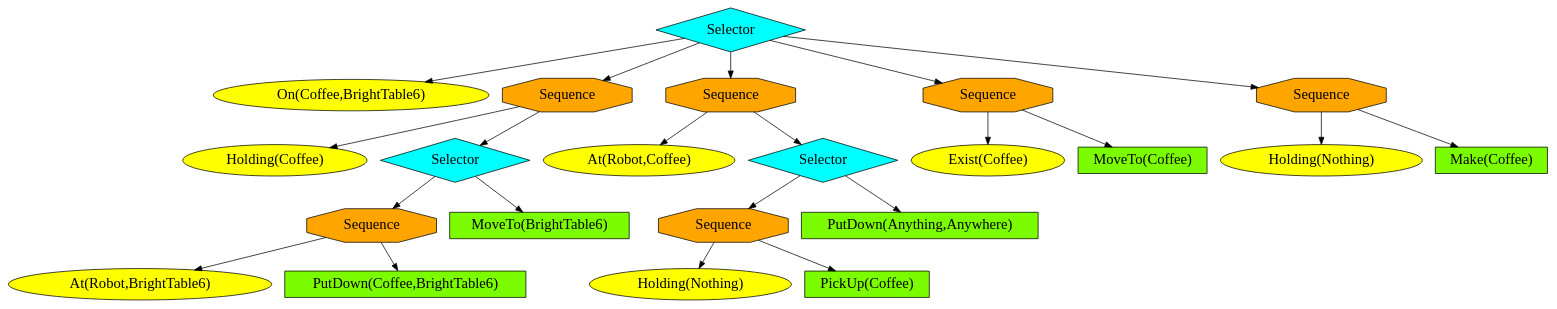
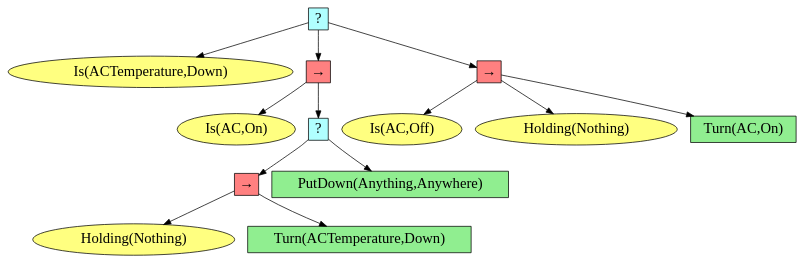
One commit to HPCL-EI/RoboWaiter changed the diagram in robowaiter/scene/outputs/expanded_bt.dot. Above: the diagram before and after it, drawn with Graphviz. The commit also changed 147 other files, not shown here.

```diff
--- a/robowaiter/scene/outputs/expanded_bt.dot
+++ b/robowaiter/scene/outputs/expanded_bt.dot
@@ -1,49 +1,31 @@
 digraph pastafarianism {
 ordering=out;
 graph [fontname="times-roman"];
 node [fontname="times-roman"];
 edge [fontname="times-roman"];
-"49894dc9-ad34-40a6-be03-63748a930786" [fillcolor=cyan, fontcolor=black, fontsize=20, height=0.01, label=Selector, shape=diamond, style=filled, width=0.01];
-"a1647f60-7fea-4a25-8625-6a4d947202ef" [fillcolor=yellow, fontcolor=black, fontsize=20, label="On(Coffee,BrightTable6)", shape=ellipse, style=filled];
-"49894dc9-ad34-40a6-be03-63748a930786" -> "a1647f60-7fea-4a25-8625-6a4d947202ef";
-"9ee57ce2-80bd-4973-b7f2-acab2ca70a15" [fillcolor=orange, fontcolor=black, fontsize=20, height=0.01, label=Sequence, shape=octagon, style=filled, width=0.01];
-"49894dc9-ad34-40a6-be03-63748a930786" -> "9ee57ce2-80bd-4973-b7f2-acab2ca70a15";
-"e9c3167f-1bf2-4a5e-a3a7-7be2d0c699a5" [fillcolor=yellow, fontcolor=black, fontsize=20, label="Holding(Coffee)", shape=ellipse, style=filled];
-"9ee57ce2-80bd-4973-b7f2-acab2ca70a15" -> "e9c3167f-1bf2-4a5e-a3a7-7be2d0c699a5";
-"0c4aa5b5-d36f-4470-a445-672510246a8a" [fillcolor=cyan, fontcolor=black, fontsize=20, height=0.01, label=Selector, shape=diamond, style=filled, width=0.01];
-"9ee57ce2-80bd-4973-b7f2-acab2ca70a15" -> "0c4aa5b5-d36f-4470-a445-672510246a8a";
-"03c503da-ed48-4522-bf76-bf79d5d40363" [fillcolor=orange, fontcolor=black, fontsize=20, height=0.01, label=Sequence, shape=octagon, style=filled, width=0.01];
-"0c4aa5b5-d36f-4470-a445-672510246a8a" -> "03c503da-ed48-4522-bf76-bf79d5d40363";
-"2de3d502-6231-49a0-8f44-8d90ec686417" [fillcolor=yellow, fontcolor=black, fontsize=20, label="At(Robot,BrightTable6)", shape=ellipse, style=filled];
-"03c503da-ed48-4522-bf76-bf79d5d40363" -> "2de3d502-6231-49a0-8f44-8d90ec686417";
-"5a068be8-bc71-4b01-80b0-609772d01bad" [fillcolor=lawngreen, fontcolor=black, fontsize=20, label="PutDown(Coffee,BrightTable6)", shape=box, style=filled];
-"03c503da-ed48-4522-bf76-bf79d5d40363" -> "5a068be8-bc71-4b01-80b0-609772d01bad";
-"fbcd983e-39da-4406-8d3d-d20a10f41c2c" [fillcolor=lawngreen, fontcolor=black, fontsize=20, label="MoveTo(BrightTable6)", shape=box, style=filled];
-"0c4aa5b5-d36f-4470-a445-672510246a8a" -> "fbcd983e-39da-4406-8d3d-d20a10f41c2c";
-"8ae6498a-bfe4-4fac-89c4-84b9ee882900" [fillcolor=orange, fontcolor=black, fontsize=20, height=0.01, label=Sequence, shape=octagon, style=filled, width=0.01];
-"49894dc9-ad34-40a6-be03-63748a930786" -> "8ae6498a-bfe4-4fac-89c4-84b9ee882900";
-"77122133-d3c3-42e6-abf2-75eebbd4117c" [fillcolor=yellow, fontcolor=black, fontsize=20, label="At(Robot,Coffee)", shape=ellipse, style=filled];
-"8ae6498a-bfe4-4fac-89c4-84b9ee882900" -> "77122133-d3c3-42e6-abf2-75eebbd4117c";
-"8892efc8-2c86-4e73-80ae-4835b3bd15c4" [fillcolor=cyan, fontcolor=black, fontsize=20, height=0.01, label=Selector, shape=diamond, style=filled, width=0.01];
-"8ae6498a-bfe4-4fac-89c4-84b9ee882900" -> "8892efc8-2c86-4e73-80ae-4835b3bd15c4";
-"3d40ab19-2ae1-40f7-99d3-3b4635f4d3bb" [fillcolor=orange, fontcolor=black, fontsize=20, height=0.01, label=Sequence, shape=octagon, style=filled, width=0.01];
-"8892efc8-2c86-4e73-80ae-4835b3bd15c4" -> "3d40ab19-2ae1-40f7-99d3-3b4635f4d3bb";
-"ab70101f-b447-4508-9cbc-6d08dff1b865" [fillcolor=yellow, fontcolor=black, fontsize=20, label="Holding(Nothing)", shape=ellipse, style=filled];
-"3d40ab19-2ae1-40f7-99d3-3b4635f4d3bb" -> "ab70101f-b447-4508-9cbc-6d08dff1b865";
-"35fd1c53-807e-442b-9167-f75ab12215e8" [fillcolor=lawngreen, fontcolor=black, fontsize=20, label="PickUp(Coffee)", shape=box, style=filled];
-"3d40ab19-2ae1-40f7-99d3-3b4635f4d3bb" -> "35fd1c53-807e-442b-9167-f75ab12215e8";
-"359bf54c-5bca-4286-affe-29fdaf2d5d02" [fillcolor=lawngreen, fontcolor=black, fontsize=20, label="PutDown(Anything,Anywhere)", shape=box, style=filled];
-"8892efc8-2c86-4e73-80ae-4835b3bd15c4" -> "359bf54c-5bca-4286-affe-29fdaf2d5d02";
-"7aeae3e6-ba38-4e43-866f-da481d666d68" [fillcolor=orange, fontcolor=black, fontsize=20, height=0.01, label=Sequence, shape=octagon, style=filled, width=0.01];
-"49894dc9-ad34-40a6-be03-63748a930786" -> "7aeae3e6-ba38-4e43-866f-da481d666d68";
-"36b3fb04-d2cc-4ad7-ac4f-e07c99dda7ac" [fillcolor=yellow, fontcolor=black, fontsize=20, label="Exist(Coffee)", shape=ellipse, style=filled];
-"7aeae3e6-ba38-4e43-866f-da481d666d68" -> "36b3fb04-d2cc-4ad7-ac4f-e07c99dda7ac";
-"6bfbfd2b-8adb-4739-860e-ad6484b97541" [fillcolor=lawngreen, fontcolor=black, fontsize=20, label="MoveTo(Coffee)", shape=box, style=filled];
-"7aeae3e6-ba38-4e43-866f-da481d666d68" -> "6bfbfd2b-8adb-4739-860e-ad6484b97541";
-"1e806781-835a-44fb-9e4f-033193ecded4" [fillcolor=orange, fontcolor=black, fontsize=20, height=0.01, label=Sequence, shape=octagon, style=filled, width=0.01];
-"49894dc9-ad34-40a6-be03-63748a930786" -> "1e806781-835a-44fb-9e4f-033193ecded4";
-"1cbe0216-4e8d-451f-82f8-491693fae7a1" [fillcolor=yellow, fontcolor=black, fontsize=20, label="Holding(Nothing)", shape=ellipse, style=filled];
-"1e806781-835a-44fb-9e4f-033193ecded4" -> "1cbe0216-4e8d-451f-82f8-491693fae7a1";
-"9821637d-d072-4fcc-aefb-b5e7fa887755" [fillcolor=lawngreen, fontcolor=black, fontsize=20, label="Make(Coffee)", shape=box, style=filled];
-"1e806781-835a-44fb-9e4f-033193ecded4" -> "9821637d-d072-4fcc-aefb-b5e7fa887755";
+"3cc93283-6f35-4a5b-a823-667fda9e7abd" [fillcolor="#B0FFFF", fontcolor=black, fontsize=20, height=0.01, label="?", shape=box, style=filled, width=0.01];
+"9e4a23ae-384d-4ae1-b0bb-d6c7d42f4747" [fillcolor="#FFFF80", fontcolor=black, fontsize=20, label="Is(ACTemperature,Down)", shape=ellipse, style=filled];
+"3cc93283-6f35-4a5b-a823-667fda9e7abd" -> "9e4a23ae-384d-4ae1-b0bb-d6c7d42f4747";
+"1f15add2-2ef8-4384-9ca4-f930e1ecacef" [fillcolor="#FF8080", fontcolor=black, fontsize=20, height=0.01, label="&rarr;", shape=box, style=filled, width=0.01];
+"3cc93283-6f35-4a5b-a823-667fda9e7abd" -> "1f15add2-2ef8-4384-9ca4-f930e1ecacef";
+"b573a9e1-d411-42b1-b04a-7a11b3460803" [fillcolor="#FFFF80", fontcolor=black, fontsize=20, label="Is(AC,On)", shape=ellipse, style=filled];
+"1f15add2-2ef8-4384-9ca4-f930e1ecacef" -> "b573a9e1-d411-42b1-b04a-7a11b3460803";
+"d8d0e155-d190-4237-9ba3-7ef76d845ea4" [fillcolor="#B0FFFF", fontcolor=black, fontsize=20, height=0.01, label="?", shape=box, style=filled, width=0.01];
+"1f15add2-2ef8-4384-9ca4-f930e1ecacef" -> "d8d0e155-d190-4237-9ba3-7ef76d845ea4";
+"5ced2d60-8b01-4312-97c4-19e366000072" [fillcolor="#FF8080", fontcolor=black, fontsize=20, height=0.01, label="&rarr;", shape=box, style=filled, width=0.01];
+"d8d0e155-d190-4237-9ba3-7ef76d845ea4" -> "5ced2d60-8b01-4312-97c4-19e366000072";
+"a2b8d4bf-010a-4096-b4f1-06f0b2dcd95e" [fillcolor="#FFFF80", fontcolor=black, fontsize=20, label="Holding(Nothing)", shape=ellipse, style=filled];
+"5ced2d60-8b01-4312-97c4-19e366000072" -> "a2b8d4bf-010a-4096-b4f1-06f0b2dcd95e";
+"0c6604f3-36df-499b-8a56-84289c53f910" [fillcolor=lightgreen, fontcolor=black, fontsize=20, label="Turn(ACTemperature,Down)", shape=box, style=filled];
+"5ced2d60-8b01-4312-97c4-19e366000072" -> "0c6604f3-36df-499b-8a56-84289c53f910";
+"149b7ca4-471f-494a-b9eb-f7ddc4f2ecf3" [fillcolor=lightgreen, fontcolor=black, fontsize=20, label="PutDown(Anything,Anywhere)", shape=box, style=filled];
+"d8d0e155-d190-4237-9ba3-7ef76d845ea4" -> "149b7ca4-471f-494a-b9eb-f7ddc4f2ecf3";
+"1d74f511-6321-416b-a7f9-a2c051c6f981" [fillcolor="#FF8080", fontcolor=black, fontsize=20, height=0.01, label="&rarr;", shape=box, style=filled, width=0.01];
+"3cc93283-6f35-4a5b-a823-667fda9e7abd" -> "1d74f511-6321-416b-a7f9-a2c051c6f981";
+"79c6fc3e-b3fb-4bab-a5ab-39ea75ebbd1c" [fillcolor="#FFFF80", fontcolor=black, fontsize=20, label="Is(AC,Off)", shape=ellipse, style=filled];
+"1d74f511-6321-416b-a7f9-a2c051c6f981" -> "79c6fc3e-b3fb-4bab-a5ab-39ea75ebbd1c";
+"b215b2df-15a0-44cc-bdff-5a15a91a36ae" [fillcolor="#FFFF80", fontcolor=black, fontsize=20, label="Holding(Nothing)", shape=ellipse, style=filled];
+"1d74f511-6321-416b-a7f9-a2c051c6f981" -> "b215b2df-15a0-44cc-bdff-5a15a91a36ae";
+"4587a9ec-fab2-4b65-8b9d-2836668409a9" [fillcolor=lightgreen, fontcolor=black, fontsize=20, label="Turn(AC,On)", shape=box, style=filled];
+"1d74f511-6321-416b-a7f9-a2c051c6f981" -> "4587a9ec-fab2-4b65-8b9d-2836668409a9";
 }
```
